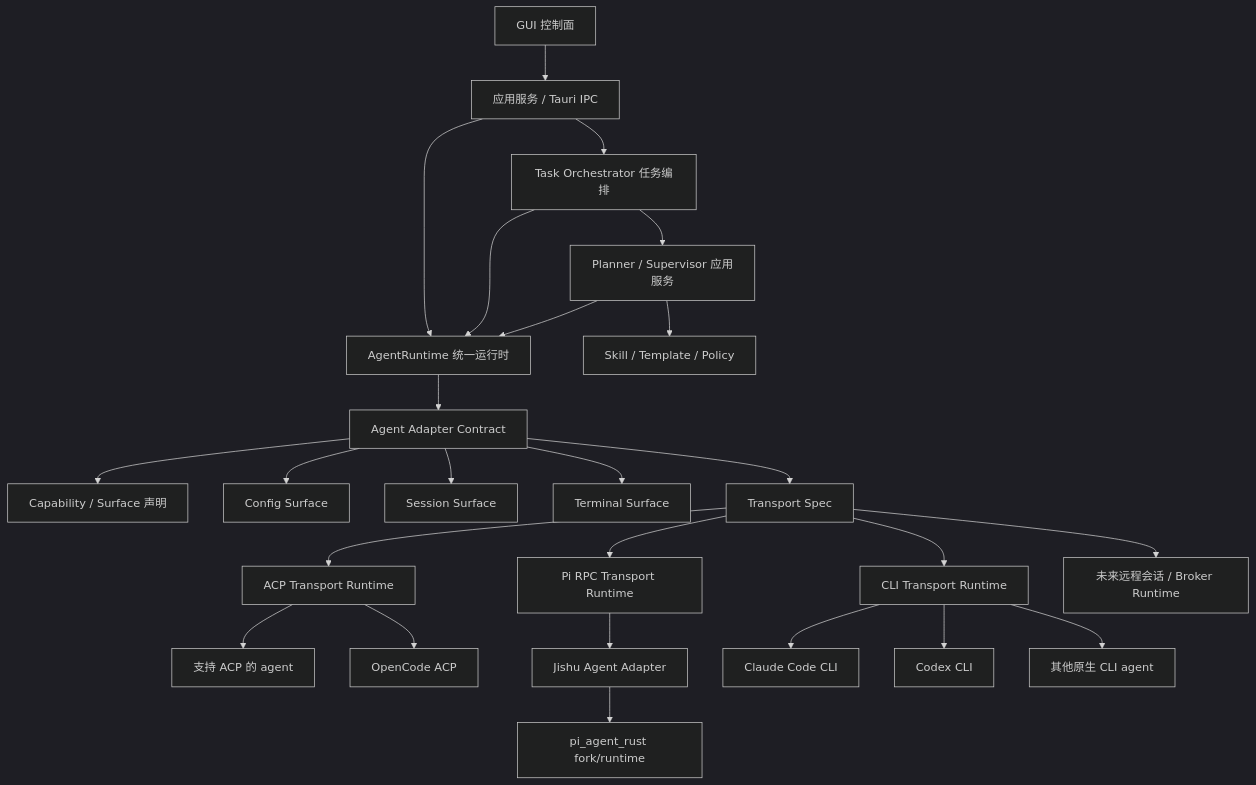
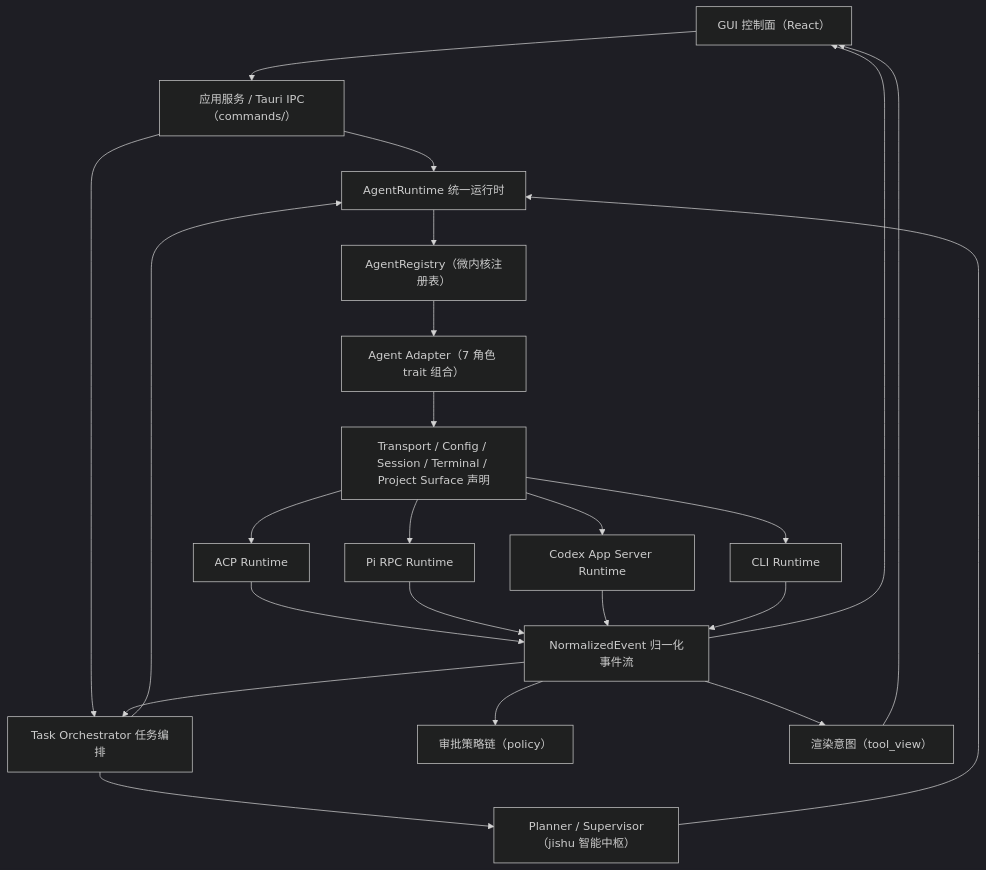
The diagram in DEVELOP_READ.MD (wang5766171/jishu-hub), drawn with Mermaid (dark theme) before and after one commit. The commit also changed other lines of this file and 11 other files, not shown here.

````diff
--- a/DEVELOP_READ.MD
+++ b/DEVELOP_READ.MD
@@ -26,31 +39,26 @@
 ```mermaid
 flowchart TD
-    GUI["GUI 控制面"] --> AppSvc["应用服务 / Tauri IPC"]
+    GUI["GUI 控制面（React）"] --> AppSvc["应用服务 / Tauri IPC（commands/）"]
     AppSvc --> AgentRuntime["AgentRuntime 统一运行时"]
     AppSvc --> TaskOrch["Task Orchestrator 任务编排"]
+
     TaskOrch --> AgentRuntime
-    TaskOrch --> PlannerSvc["Planner / Supervisor 应用服务"]
+    TaskOrch --> PlannerSvc["Planner / Supervisor（jishu 智能中枢）"]
     PlannerSvc --> AgentRuntime
 
-    AgentRuntime --> Adapter["Agent Adapter Contract"]
-    Adapter --> Cap["Capability / Surface 声明"]
-    Adapter --> Config["Config Surface"]
-    Adapter --> Session["Session Surface"]
-    Adapter --> Terminal["Terminal Surface"]
-    Adapter --> TransportSpec["Transport Spec"]
+    AgentRuntime --> Registry["AgentRegistry（微内核注册表）"]
+    Registry --> Adapter["Agent Adapter（7 角色 trait 组合）"]
+    Adapter --> TransportSpec["Transport / Config / Session / Terminal / Project Surface 声明"]
 
-    TransportSpec --> AcpRuntime["ACP Transport Runtime"]
-    TransportSpec --> PiRpcRuntime["Pi RPC Transport Runtime"]
-    TransportSpec --> CliRuntime["CLI Transport Runtime"]
-    TransportSpec --> RemoteRuntime["未来远程会话 / Broker Runtime"]
+    TransportSpec --> AcpRuntime["ACP Runtime"]
+    TransportSpec --> PiRpcRuntime["Pi RPC Runtime"]
+    TransportSpec --> CodexRuntime["Codex App Server Runtime"]
+    TransportSpec --> CliRuntime["CLI Runtime"]
 
-    AcpRuntime --> ClaudeAcp["支持 ACP 的 agent"]
-    AcpRuntime --> OpenCode["OpenCode ACP"]
-    PiRpcRuntime --> JishuSelf["Jishu Agent Adapter"]
-    CliRuntime --> Claude["Claude Code CLI"]
-    CliRuntime --> Codex["Codex CLI"]
-    CliRuntime --> OtherCli["其他原生 CLI agent"]
-
-    JishuSelf --> PiRust["pi_agent_rust fork/runtime"]
-    PlannerSvc --> SkillTpl["Skill / Template / Policy"]
+    AcpRuntime & PiRpcRuntime & CodexRuntime & CliRuntime --> Normalized["NormalizedEvent 归一化事件流"]
+    Normalized --> GUI
+    Normalized --> TaskOrch
+    Normalized --> Policy["审批策略链（policy）"]
+    Normalized --> ToolView["渲染意图（tool_view）"]
+    ToolView --> GUI
 ```
````
